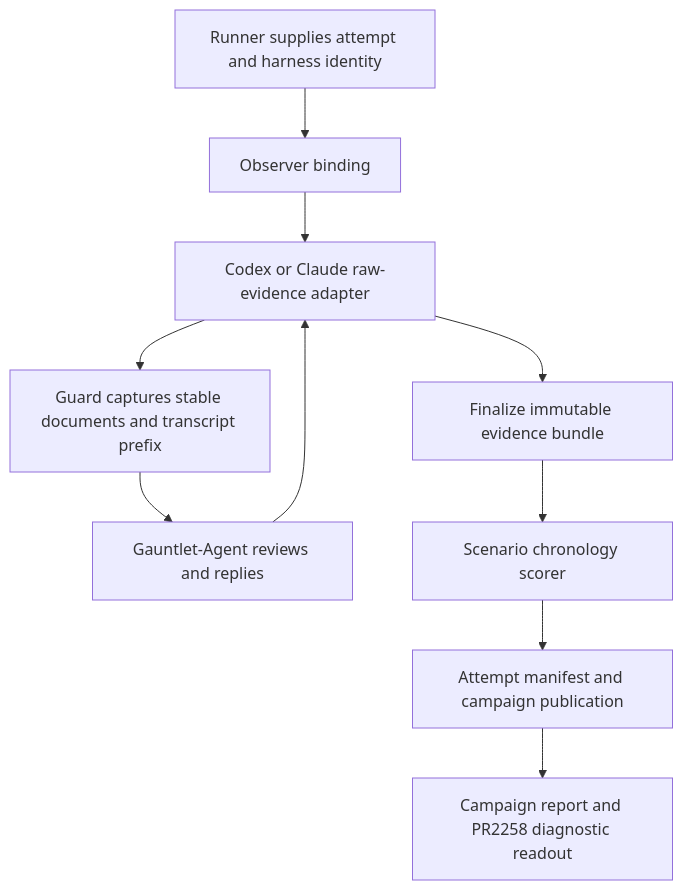
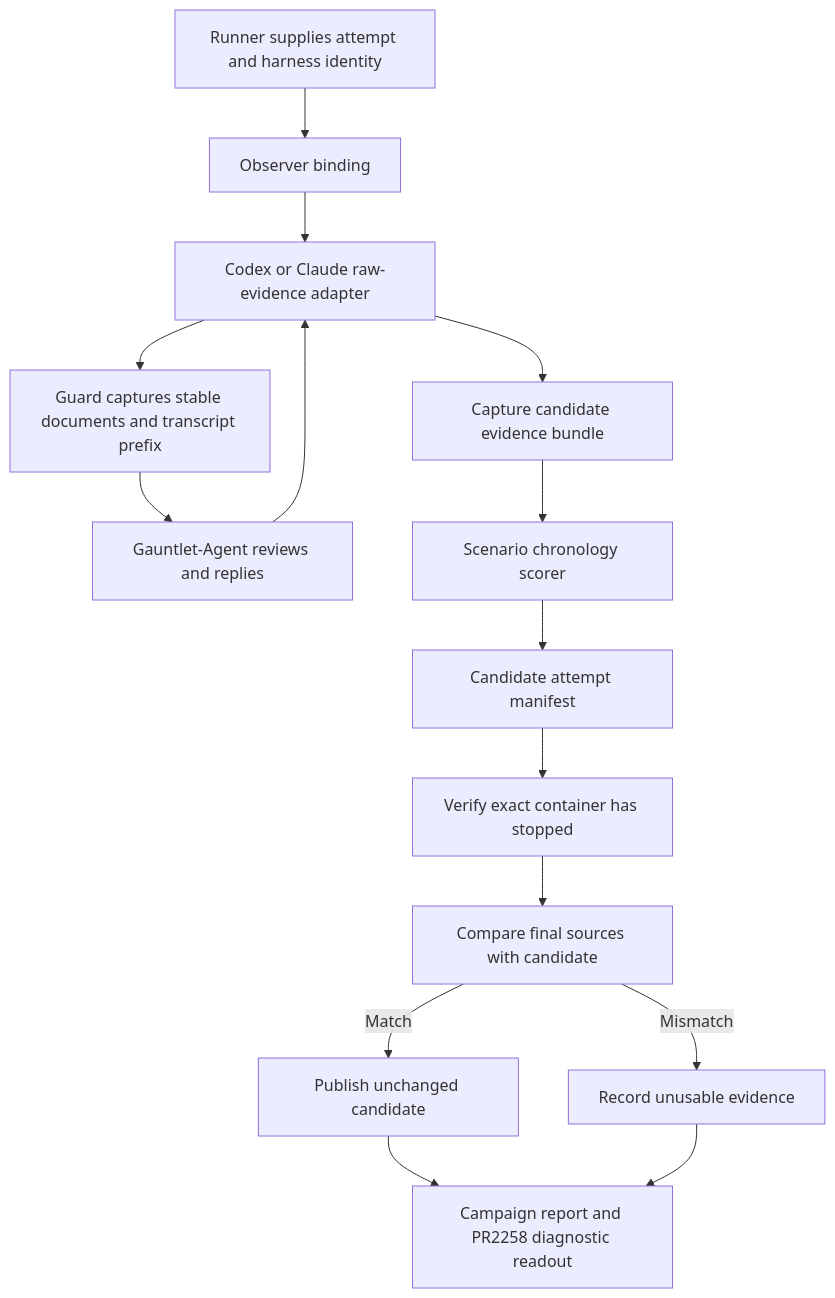
One commit to prime-radiant-inc/superpowers-evals changed the diagram in docs/superpowers/specs/2026-09-05-pr2258-parallel-comparison-design.md. Above: the diagram before and after it, drawn with Mermaid. The commit also changed other lines of this file and 2 other files, not shown here.

Commit message:
docs: record verified final-state filesystem slice
Record the completed capture/verify source inventory task under Drew’s approved simpler container boundary. Preserve both task review fixes, the final Linux descriptor-path finding, their failing regressions and scoped re-review outcomes alongside the final successful receipts.

At adc7f576, bun run check passes 3636 core tests with 14 skips, 144 dashboard tests, lint and typecheck; all 88 scenario checks and diff checks pass. Update the architecture diagram to show candidate creation, exact container-stop verification, final-state equality and publication/refusal explicitly.

Mark the filesystem plan complete while retaining the inactive boundary: trusted V2 binding and candidate authentication, publisher wiring and actual Linux/installed qualification remain outstanding. No process supervisor, credentials, live spend, installation or historical compatibility path was added. Keep PRI-3097 In Dev for the full comparison.

````diff
--- a/docs/superpowers/specs/2026-09-05-pr2258-parallel-comparison-design.md
+++ b/docs/superpowers/specs/2026-09-05-pr2258-parallel-comparison-design.md
@@ -73,12 +73,17 @@
 ```mermaid
 flowchart TD
     A[Runner supplies attempt and harness identity] --> B[Observer binding]
     B --> C[Codex or Claude raw-evidence adapter]
     C --> D[Guard captures stable documents and transcript prefix]
     D --> E[Gauntlet-Agent reviews and replies]
     E --> C
-    C --> F[Finalize immutable evidence bundle]
+    C --> F[Capture candidate evidence bundle]
     F --> G[Scenario chronology scorer]
-    G --> H[Attempt manifest and campaign publication]
-    H --> I[Campaign report and PR2258 diagnostic readout]
+    G --> H[Candidate attempt manifest]
+    H --> J[Verify exact container has stopped]
+    J --> K[Compare final sources with candidate]
+    K -- Match --> L[Publish unchanged candidate]
+    K -- Mismatch --> M[Record unusable evidence]
+    L --> I[Campaign report and PR2258 diagnostic readout]
+    M --> I
 ```
````
